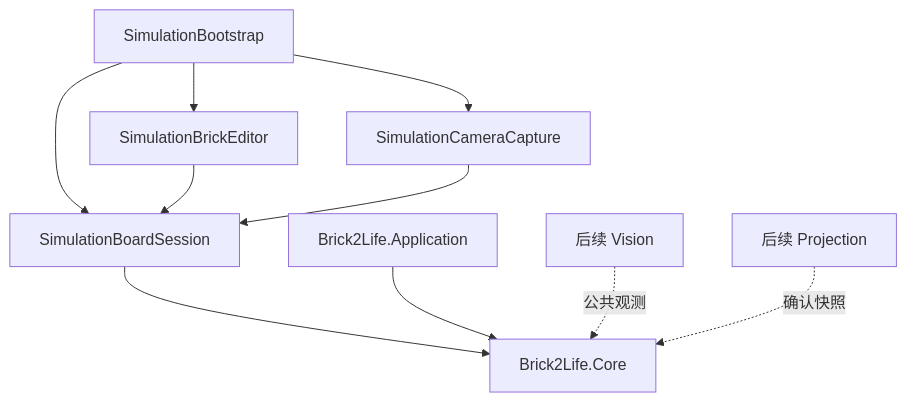
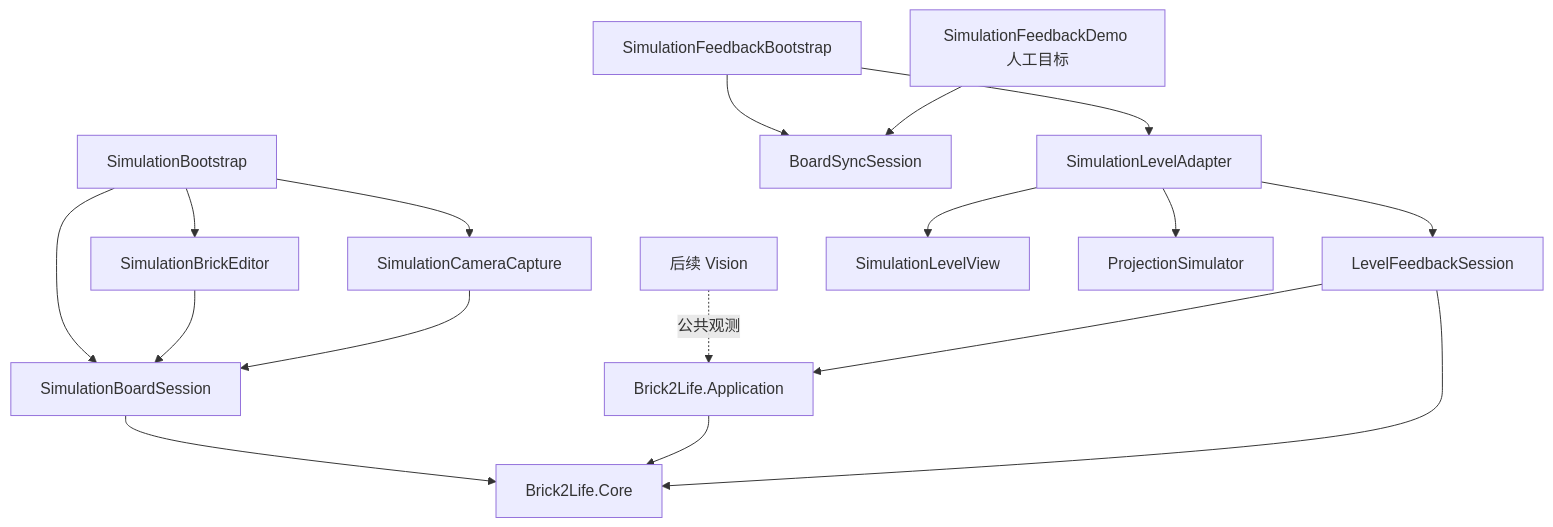
Before and after one commit to hanyang-sun/Brick2life: the diagram in docs/architecture.md, drawn with Mermaid. The commit also changed other lines of this file and 37 other files, not shown here.

First line of the commit message:
feat: add task C level feedback and virtual projection

````diff
--- a/docs/architecture.md
+++ b/docs/architecture.md
@@ -7,12 +7,19 @@
 ```mermaid
 flowchart TD
     Entry[SimulationBootstrap] --> Session[SimulationBoardSession]
     Entry --> UI[SimulationBrickEditor]
     Entry --> Capture[SimulationCameraCapture]
     UI --> Session
     Capture --> Session
     Session --> Core[Brick2Life.Core]
     App[Brick2Life.Application] --> Core
-    Vision[后续 Vision] -. 公共观测 .-> Core
-    Projection[后续 Projection] -. 确认快照 .-> Core
+    Vision[后续 Vision] -. 公共观测 .-> App
+    Fb[SimulationFeedbackBootstrap] --> Sync[BoardSyncSession]
+    Fb --> Adapter[SimulationLevelAdapter]
+    Adapter --> Level[LevelFeedbackSession]
+    Adapter --> View[SimulationLevelView]
+    Adapter --> Proj[ProjectionSimulator]
+    Level --> App
+    Level --> Core
+    Demo[SimulationFeedbackDemo 人工目标] --> Sync
 ```
````
